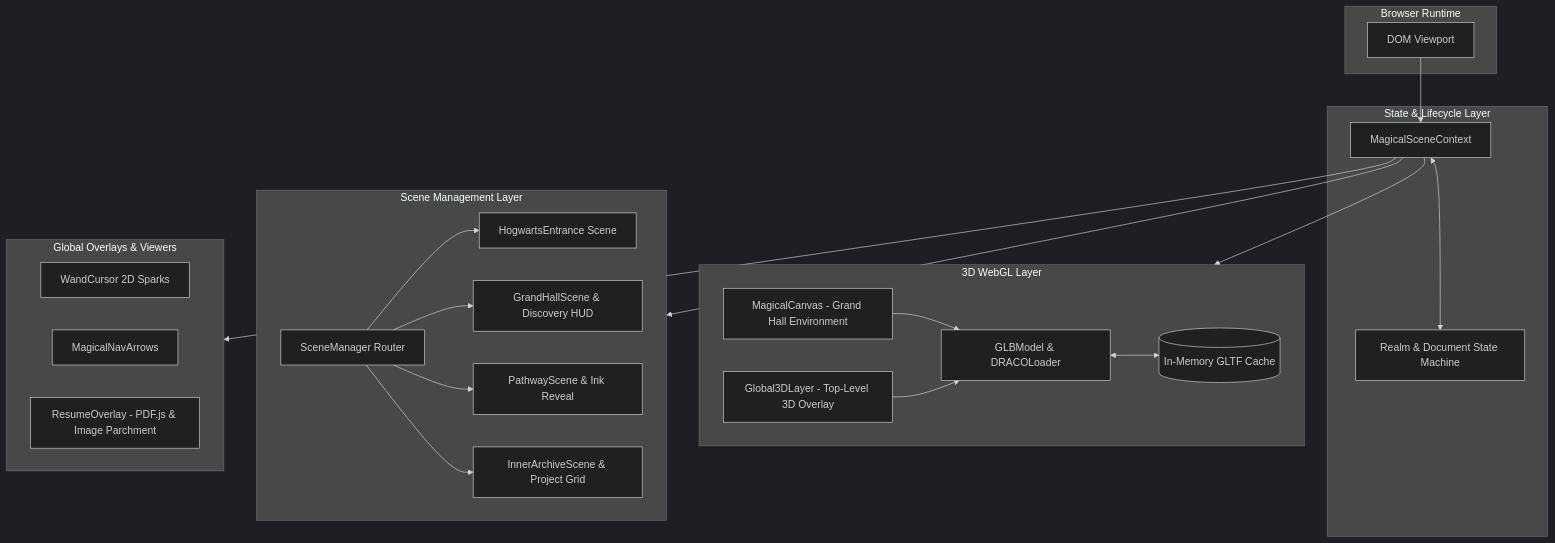
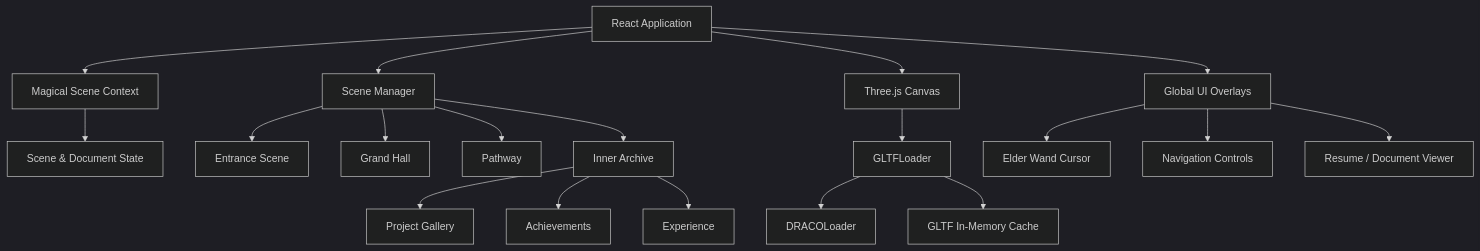
Before and after one commit to Abhi-wizard/portfolio: the first of 2 diagrams in README.md, drawn with Mermaid (dark theme). The commit also changed other lines of this file, not shown here.

````diff
--- a/README.md
+++ b/README.md
@@ -45,47 +154,29 @@
 ```mermaid
 flowchart TD
-    subgraph Client [Browser Runtime]
-        DOM[DOM Viewport]
-    end
 
-    subgraph State [State & Lifecycle Layer]
-        Ctx[MagicalSceneContext]
-        Stages[Realm & Document State Machine]
-        Ctx <--> Stages
-    end
+    App[React Application]
 
-    subgraph Canvases [3D WebGL Layer]
-        MC[MagicalCanvas - Grand Hall Environment]
-        G3D[Global3DLayer - Top-Level 3D Overlay]
-        Loader[GLBModel & DRACOLoader]
-        Cache[(In-Memory GLTF Cache)]
+    App --> Context[Magical Scene Context]
+    App --> SceneManager[Scene Manager]
+    App --> Canvas[Three.js Canvas]
+    App --> Overlays[Global UI Overlays]
 
-        MC --> Loader
-        G3D --> Loader
-        Loader <--> Cache
-    end
+    Context --> State[Scene & Document State]
 
-    subgraph Narrative [Scene Management Layer]
-        SM[SceneManager Router]
-        S_Ent[HogwartsEntrance Scene]
-        S_Hall[GrandHallScene & Discovery HUD]
-        S_Path[PathwayScene & Ink Reveal]
-        S_Arch[InnerArchiveScene & Project Grid]
+    SceneManager --> Entrance[Entrance Scene]
+    SceneManager --> Hall[Grand Hall]
+    SceneManager --> Pathway[Pathway]
+    SceneManager --> Archive[Inner Archive]
 
-        SM --> S_Ent
-        SM --> S_Hall
-        SM --> S_Path
-        SM --> S_Arch
-    end
+    Canvas --> Loader[GLTFLoader]
+    Loader --> Draco[DRACOLoader]
+    Loader --> Cache[GLTF In-Memory Cache]
 
-    subgraph Overlays [Global Overlays & Viewers]
-        WC[WandCursor 2D Sparks]
-        Nav[MagicalNavArrows]
-        RO[ResumeOverlay - PDF.js & Image Parchment]
-    end
+    Overlays --> Wand[Elder Wand Cursor]
+    Overlays --> Navigation[Navigation Controls]
+    Overlays --> Resume[Resume / Document Viewer]
 
-    DOM --> Ctx
-    Ctx --> Canvases
-    Ctx --> Narrative
-    Ctx --> Overlays
+    Archive --> Projects[Project Gallery]
+    Archive --> Achievements[Achievements]
+    Archive --> Experience[Experience]
 ```
````
